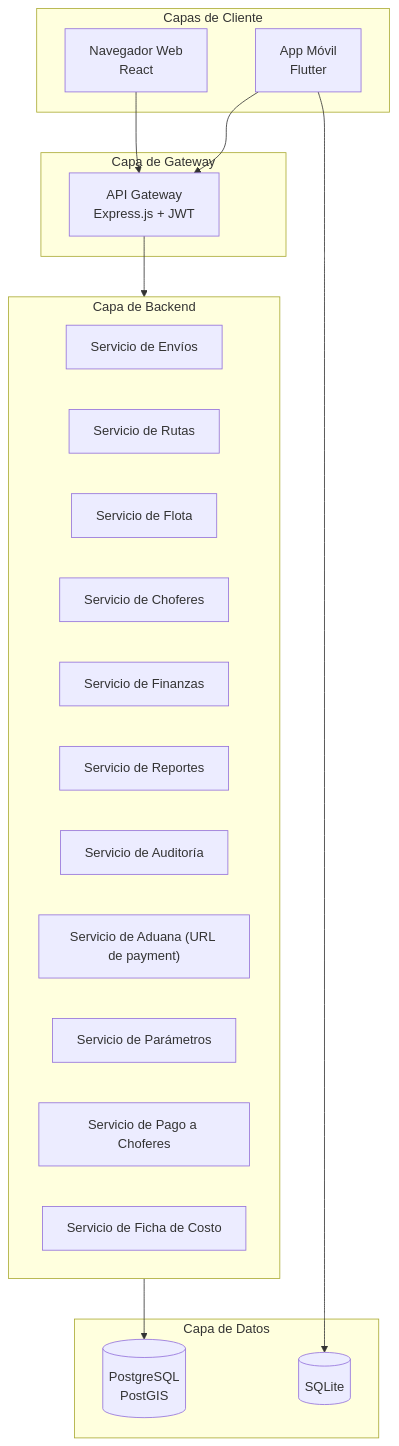
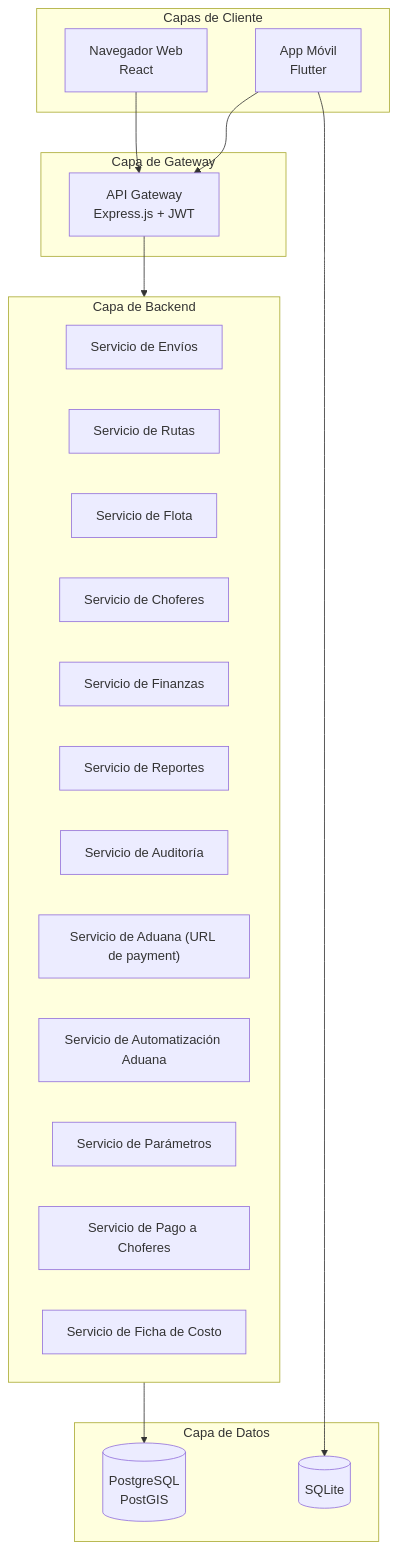
Before and after one commit to Seta-Expreso/sigma-t: the third of 4 diagrams in docs/07-onboarding-guide.md, drawn with Mermaid. The commit also changed other lines of this file and 8 other files, not shown here.

````diff
--- a/docs/07-onboarding-guide.md
+++ b/docs/07-onboarding-guide.md
@@ -397,36 +463,37 @@
 ```mermaid
 flowchart TB
     subgraph Client["Capas de Cliente"]
         Browser["Navegador Web<br>React"]
         Mobile["App Móvil<br>Flutter"]
     end
 
     subgraph Gateway["Capa de Gateway"]
         API_Gateway["API Gateway<br>Express.js + JWT"]
     end
 
     subgraph Backend["Capa de Backend"]
         EnvioSvc["Servicio de Envíos"]
         RutaSvc["Servicio de Rutas"]
         FlotaSvc["Servicio de Flota"]
         ChoferSvc["Servicio de Choferes"]
         FinanzaSvc["Servicio de Finanzas"]
         ReporteSvc["Servicio de Reportes"]
         AuditoriaSvc["Servicio de Auditoría"]
         AduanaSvc["Servicio de Aduana (URL de payment)"]
+        AduanaAutomationSvc["Servicio de Automatización Aduana"]
         ParametrosSvc["Servicio de Parámetros"]
         PagoChoferSvc["Servicio de Pago a Choferes"]
         FichaCostoSvc["Servicio de Ficha de Costo"]
     end
 
     subgraph Data["Capa de Datos"]
         Postgres[(PostgreSQL<br>PostGIS)]
         SQLite[(SQLite)]
     end
 
     Browser --> API_Gateway
     Mobile --> API_Gateway
     API_Gateway --> Backend
     Backend --> Postgres
     Mobile --> SQLite
 ```
````
